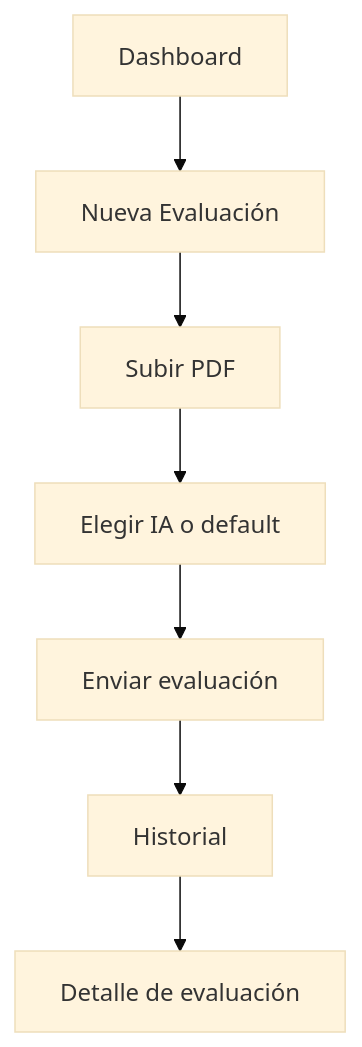
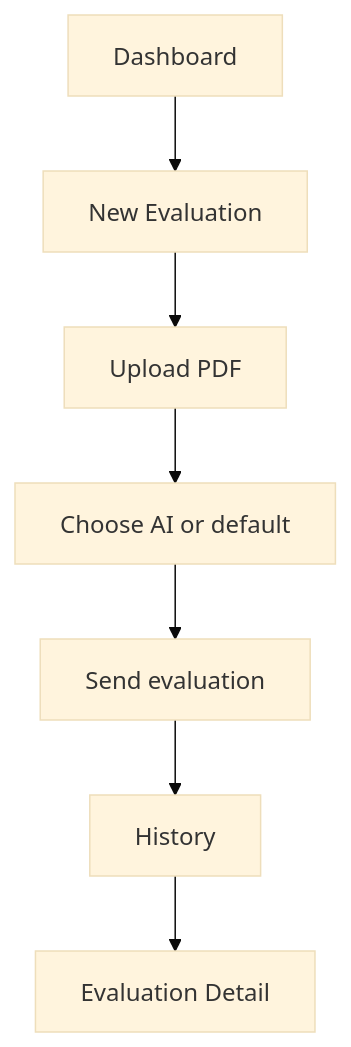
Before and after one commit to Bootcamp-IA-P5/ai-repo-evaluator: the third of 4 diagrams in frontend/README.md, drawn with Mermaid (base theme). The commit also changed other lines of this file, not shown here.

````diff
--- a/frontend/README.md
+++ b/frontend/README.md
@@ -131,9 +131,9 @@
 ```mermaid
 flowchart TD
-  A[Dashboard] --> B[Nueva Evaluación]
-  B --> C[Subir PDF]
-  C --> D[Elegir IA o default]
-  D --> E[Enviar evaluación]
-  E --> F[Historial]
-  F --> G[Detalle de evaluación]
+  A[Dashboard] --> B[New Evaluation]
+  B --> C[Upload PDF]
+  C --> D[Choose AI or default]
+  D --> E[Send evaluation]
+  E --> F[History]
+  F --> G[Evaluation Detail]
 ```
````
